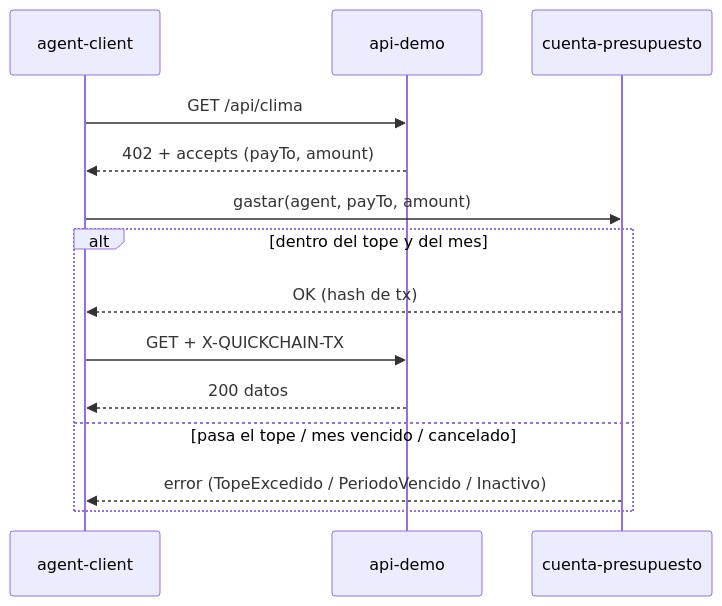
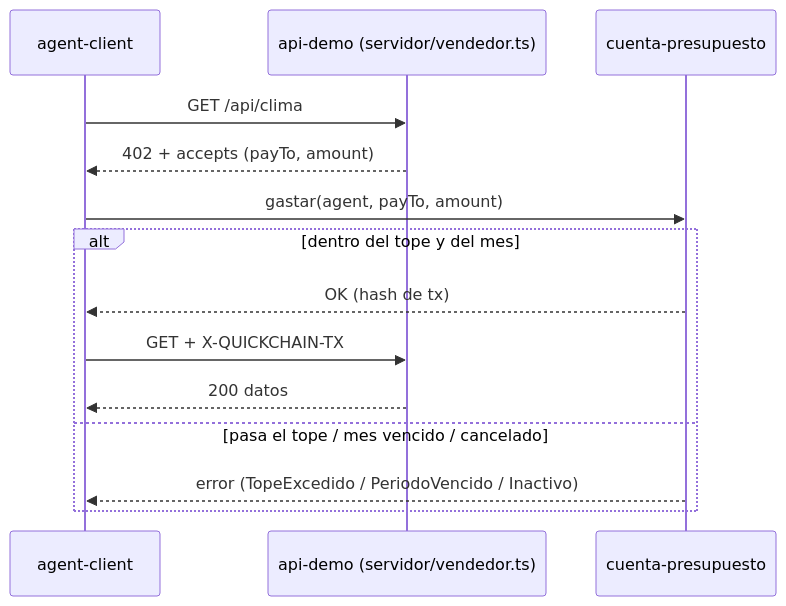
Before and after one commit to jxsu404/quickchain: the second of 3 diagrams in docs/ARQUITECTURA.md, drawn with Mermaid. The commit also changed other lines of this file and 25 other files, not shown here.

Commit message:
Q3: vendedor en api-demo/servidor/vendedor.ts (node:http) por decisión de Josué; facilitador en servidor/; quita rutas Next.js

````diff
--- a/docs/ARQUITECTURA.md
+++ b/docs/ARQUITECTURA.md
@@ -14,16 +14,16 @@
 ```mermaid
 sequenceDiagram
   participant A as agent-client
-  participant API as api-demo
+  participant API as api-demo (servidor/vendedor.ts)
   participant C as cuenta-presupuesto
   A->>API: GET /api/clima
   API-->>A: 402 + accepts (payTo, amount)
   A->>C: gastar(agent, payTo, amount)
   alt dentro del tope y del mes
     C-->>A: OK (hash de tx)
     A->>API: GET + X-QUICKCHAIN-TX
     API-->>A: 200 datos
   else pasa el tope / mes vencido / cancelado
     C-->>A: error (TopeExcedido / PeriodoVencido / Inactivo)
   end
 ```
````
